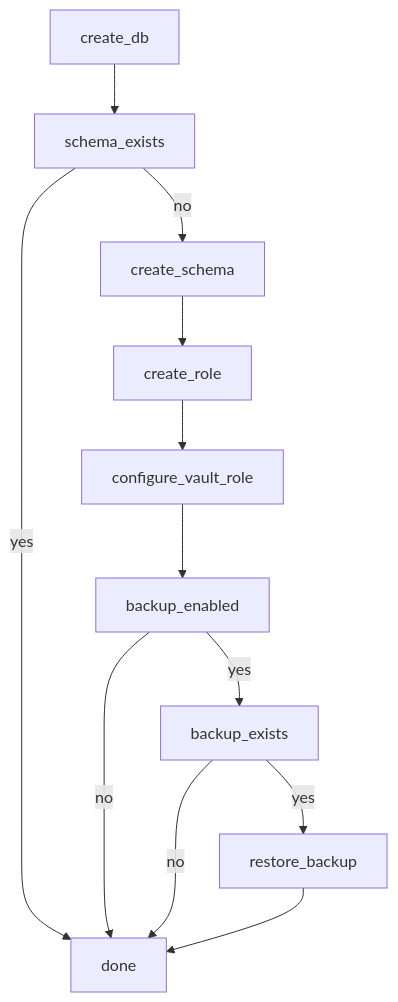
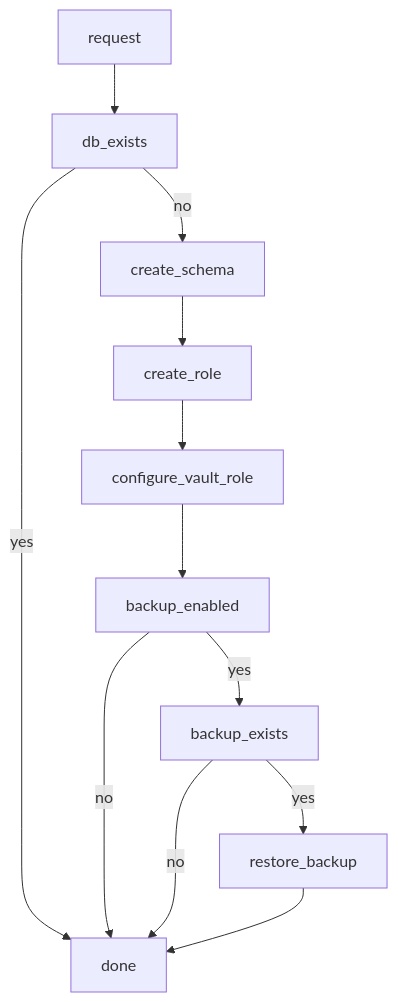
Before and after one commit to Pondidum/pg-operator-nomad: the diagram in readme.md, drawn with Mermaid. The commit also changed other lines of this file and 2 other files, not shown here.

Commit message:
postgres: add create-db script

````diff
--- a/readme.md
+++ b/readme.md
@@ -29,11 +30,11 @@
 ```mermaid
 flowchart TD
-	create_db --> schema_exists
-	schema_exists --yes--> done
-	schema_exists --no --> create_schema --> create_role --> configure_vault_role --> backup_enabled
+	request --> db_exists
+	db_exists --yes--> done
+	db_exists --no --> create_schema --> create_role --> configure_vault_role --> backup_enabled
 
 	backup_enabled --no --> done
 	backup_enabled --yes --> backup_exists
 	backup_exists --no --> done
 	backup_exists --yes --> restore_backup --> done
 ```
````
